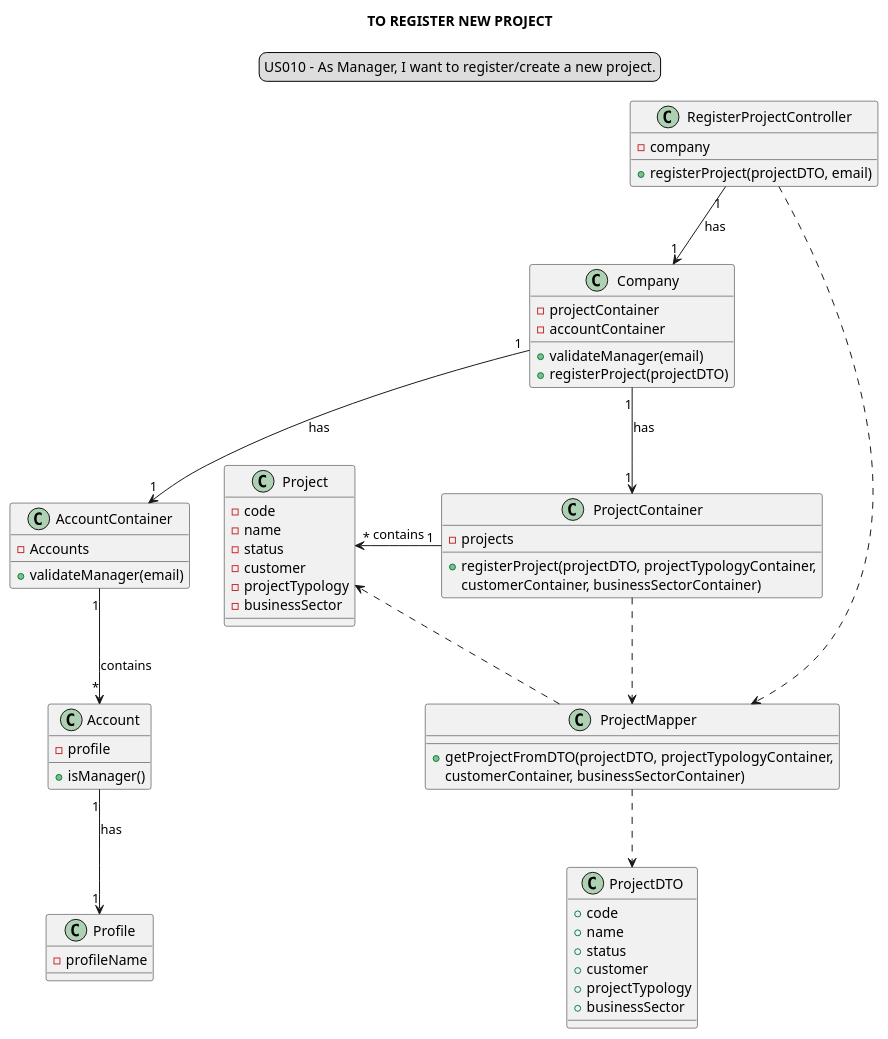
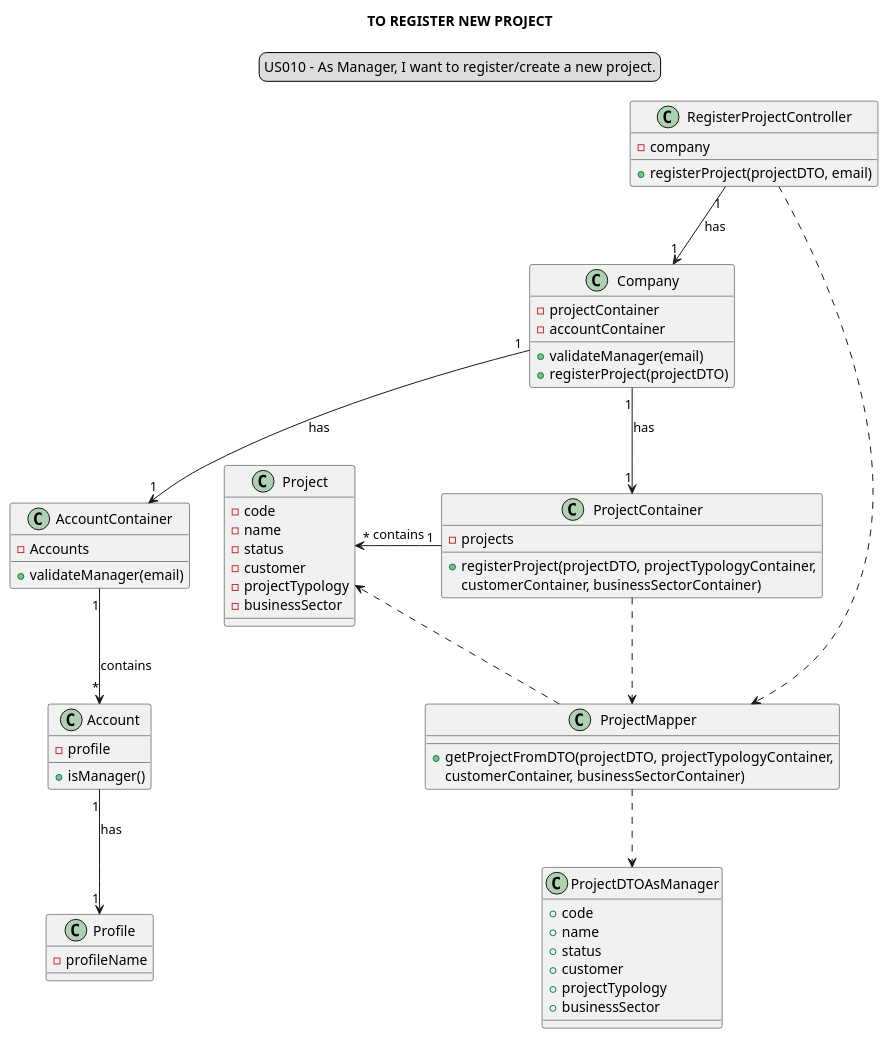
One commit to Loracline/project_switch_22-23 changed the diagram in docs/modelling_design/user_stories/sprint02/us010/US010_classDiagram.puml. Above: the diagram before and after it, drawn with PlantUML. The commit also changed 17 other files, not shown here.

```diff
--- a/docs/modelling_design/user_stories/sprint02/us010/US010_classDiagram.puml
+++ b/docs/modelling_design/user_stories/sprint02/us010/US010_classDiagram.puml
@@ -1,74 +1,74 @@
 @startuml
 
 skinparam sequenceMessageAlign center
 title TO REGISTER NEW PROJECT
 legend top
 US010 - As Manager, I want to register/create a new project.
 end legend
 
 class RegisterProjectController {
 - company
 + registerProject(projectDTO, email)
 }
 
 
 class Company {
 - projectContainer
 - accountContainer
 + validateManager(email)
 + registerProject(projectDTO)
 }
 class AccountContainer {
 + validateManager(email)
 - Accounts
 }
 
 class Account {
 + isManager()
 - profile
 }
 
 class Profile {
 -profileName
 }
 
 class ProjectContainer {
 - projects
 + registerProject(projectDTO, projectTypologyContainer,
 customerContainer, businessSectorContainer)
 }
 
 class ProjectMapper{
 + getProjectFromDTO(projectDTO, projectTypologyContainer,
                                 customerContainer, businessSectorContainer)
 }
 
-class ProjectDTO{
+class ProjectDTOAsManager{
 + code
 + name
 + status
 + customer
 + projectTypology
 + businessSector
 }
 
 class Project{
 - code
 - name
 - status
 - customer
 - projectTypology
 - businessSector
 }
 
 RegisterProjectController "1"-->"1" Company: has
 Company "1"-->"1" ProjectContainer: has
 Company "1"-->"1" AccountContainer: has
 AccountContainer "1"-->"*" Account: contains
 Account "1"-->"1" Profile: has
-ProjectMapper ..> ProjectDTO
+ProjectMapper ..> ProjectDTOAsManager
 ProjectContainer ..> ProjectMapper
 RegisterProjectController ..> ProjectMapper
 ProjectMapper ..> Project
 ProjectContainer "1" -left-> "*" Project: contains
 @enduml
```
